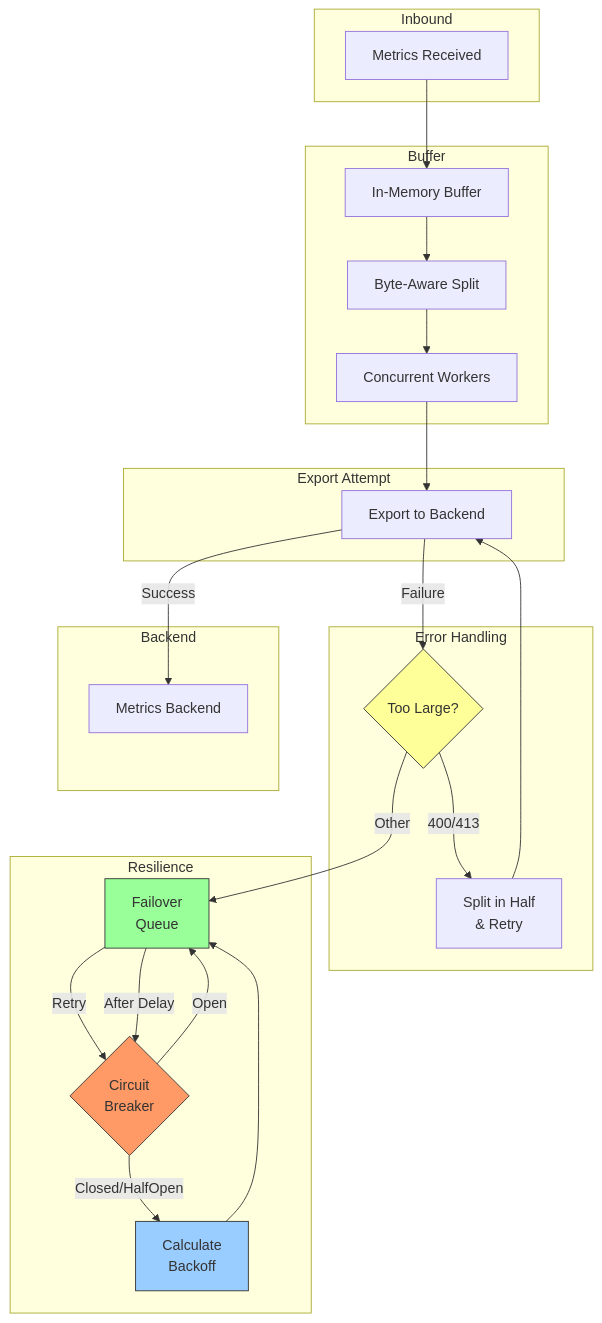
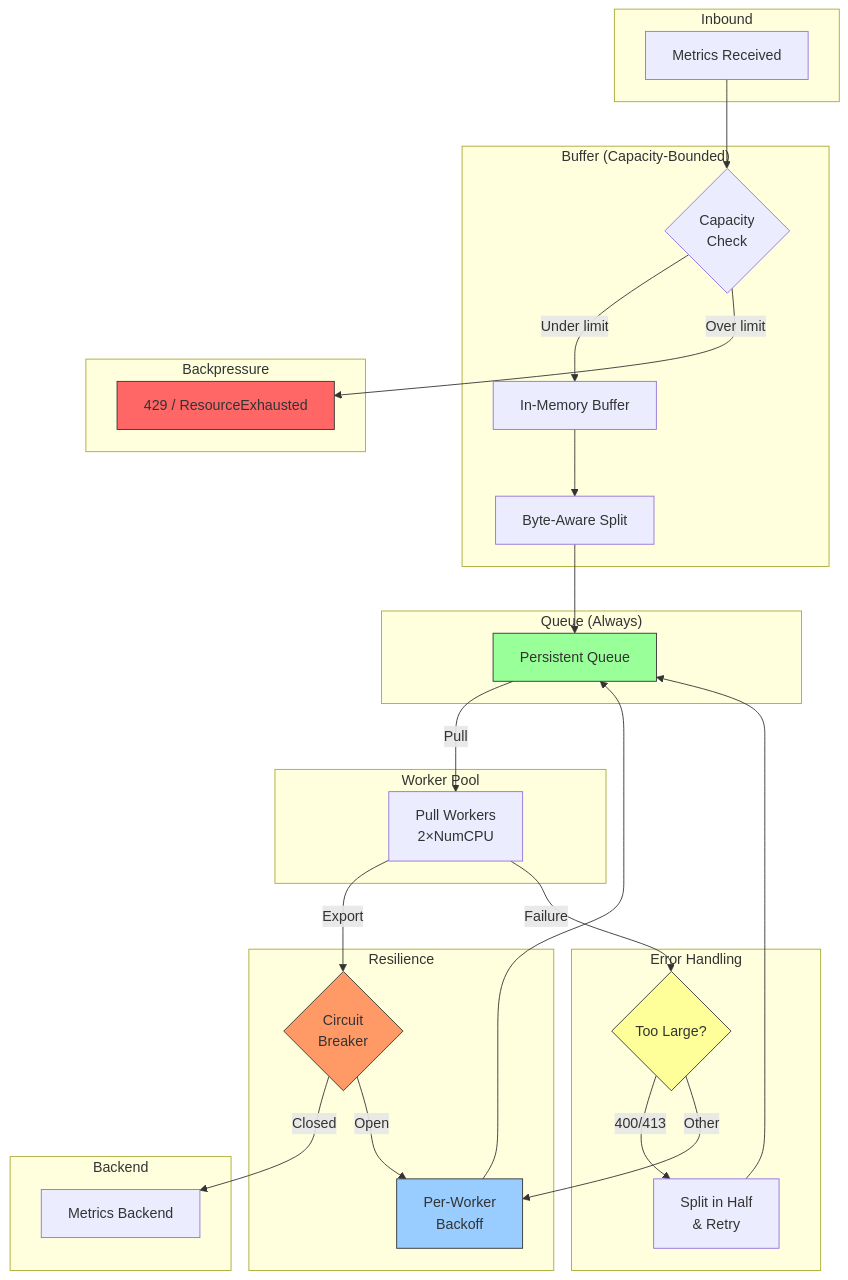
The fifth of 6 diagrams in docs/resilience.md (szibis/metrics-governor), drawn with Mermaid before and after one commit. The commit also changed other lines of this file and 41 other files, not shown here.

````diff
--- a/docs/resilience.md
+++ b/docs/resilience.md
@@ -251,52 +304,60 @@
 ```mermaid
 flowchart TB
     subgraph "Inbound"
         IN[Metrics Received]
     end
 
-    subgraph "Buffer"
+    subgraph "Buffer (Capacity-Bounded)"
         BUF[In-Memory Buffer]
+        CAP{Capacity<br/>Check}
         SPLIT[Byte-Aware Split]
-        WORKERS[Concurrent Workers]
     end
 
-    subgraph "Export Attempt"
-        EXP[Export to Backend]
+    subgraph "Queue (Always)"
+        Q[Persistent Queue]
+    end
+
+    subgraph "Worker Pool"
+        WP[Pull Workers<br/>2×NumCPU]
     end
 
     subgraph "Error Handling"
         SOE{Too Large?}
         HALF[Split in Half<br/>& Retry]
     end
 
     subgraph "Resilience"
         CB{Circuit<br/>Breaker}
-        BO[Calculate<br/>Backoff]
-        FQ[Failover<br/>Queue]
+        BO[Per-Worker<br/>Backoff]
     end
 
     subgraph "Backend"
         BE[Metrics Backend]
     end
 
-    IN --> BUF
-    BUF --> SPLIT --> WORKERS --> EXP
+    subgraph "Backpressure"
+        REJECT["429 / ResourceExhausted"]
+    end
 
-    EXP -->|Success| BE
-    EXP -->|Failure| SOE
+    IN --> CAP
+    CAP -->|"Under limit"| BUF
+    CAP -->|"Over limit"| REJECT
+    BUF --> SPLIT --> Q
+    Q -->|Pull| WP
 
+    WP -->|"Export"| CB
+    CB -->|"Closed"| BE
+    CB -->|"Open"| BO
+    BO --> Q
+
+    WP -->|"Failure"| SOE
     SOE -->|"400/413"| HALF
-    HALF --> EXP
-    SOE -->|Other| FQ
-
-    FQ -->|Retry| CB
-    CB -->|Closed/HalfOpen| BO
-    CB -->|Open| FQ
-    BO --> FQ
-    FQ -->|After Delay| CB
+    HALF --> Q
+    SOE -->|"Other"| BO
 
     style CB fill:#f96,stroke:#333
     style BO fill:#9cf,stroke:#333
-    style FQ fill:#9f9,stroke:#333
+    style Q fill:#9f9,stroke:#333
     style SOE fill:#ff9,stroke:#333
+    style REJECT fill:#f66,stroke:#333
 ```
````
